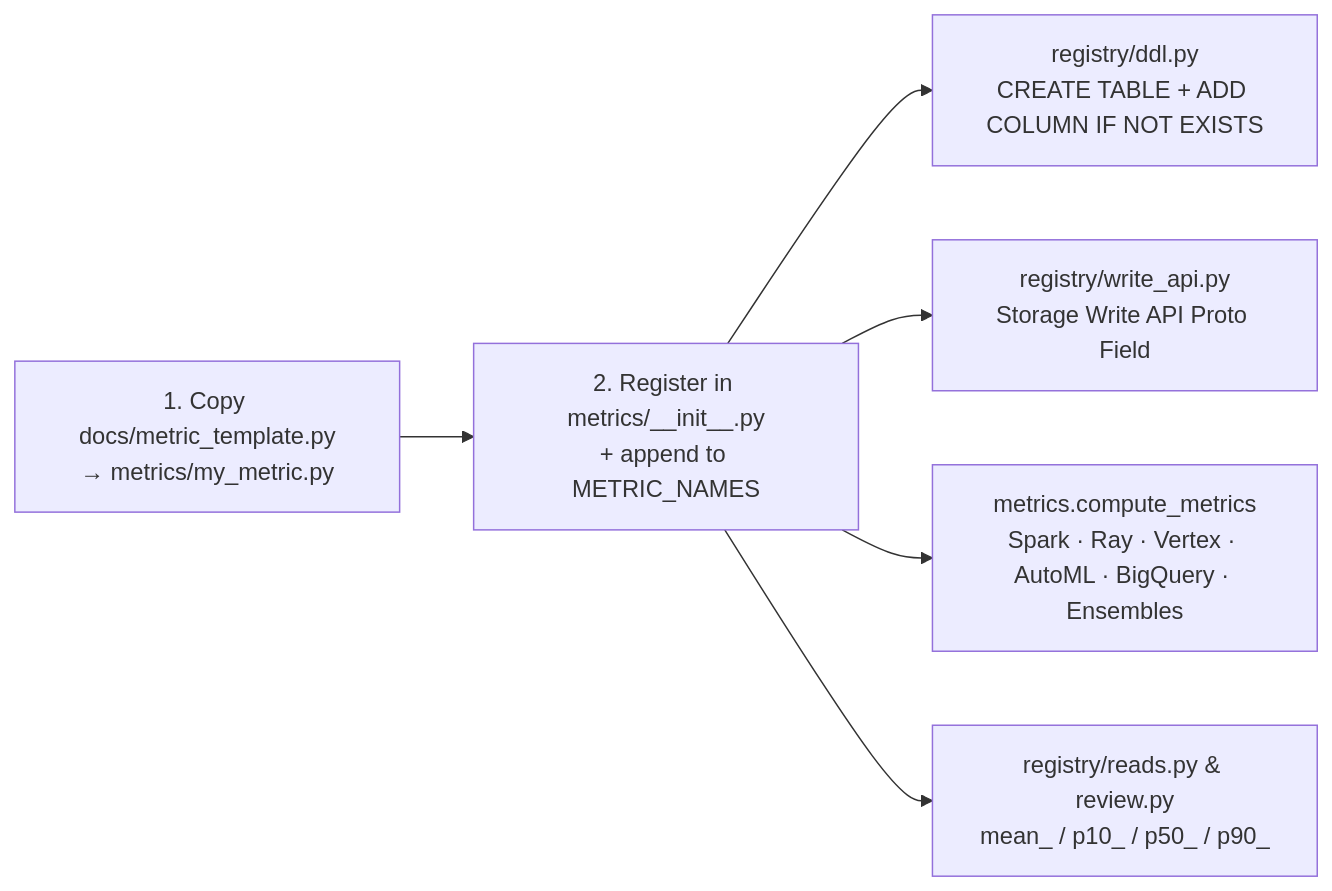
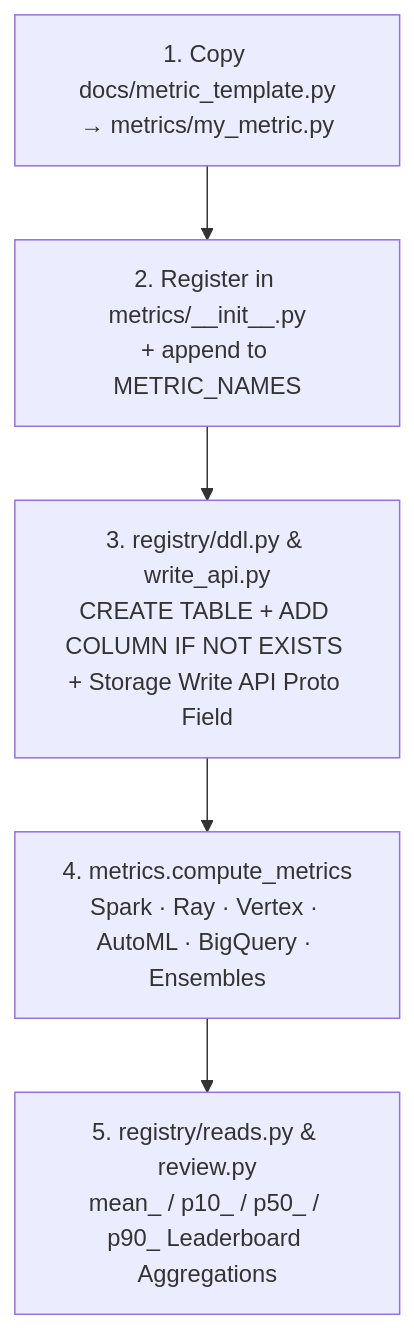
One commit to statmike/scale-forecasting changed the diagram in docs/adding_a_metric.md. Above: the diagram before and after it, drawn with Mermaid. The commit also changed 17 other files, not shown here.

Commit message:
docs: fix GitHub MathJax text-mode underscores, convert wide Mermaid diagrams to vertical TD, and add tripwire

````diff
--- a/docs/adding_a_metric.md
+++ b/docs/adding_a_metric.md
@@ -12,8 +12,7 @@
 ```mermaid
-flowchart LR
+flowchart TD
     M["1. Copy docs/metric_template.py<br/>→ metrics/my_metric.py"] --> Reg["2. Register in metrics/__init__.py<br/>+ append to METRIC_NAMES"]
-    Reg --> DDL["registry/ddl.py<br/>CREATE TABLE + ADD COLUMN IF NOT EXISTS"]
-    Reg --> Proto["registry/write_api.py<br/>Storage Write API Proto Field"]
-    Reg --> Score["metrics.compute_metrics<br/>Spark · Ray · Vertex · AutoML · BigQuery · Ensembles"]
-    Reg --> Rev["registry/reads.py & review.py<br/>mean_ / p10_ / p50_ / p90_"]
+    Reg --> DDL["3. registry/ddl.py & write_api.py<br/>CREATE TABLE + ADD COLUMN IF NOT EXISTS + Storage Write API Proto Field"]
+    DDL --> Score["4. metrics.compute_metrics<br/>Spark · Ray · Vertex · AutoML · BigQuery · Ensembles"]
+    Score --> Rev["5. registry/reads.py & review.py<br/>mean_ / p10_ / p50_ / p90_ Leaderboard Aggregations"]
 ```
````
